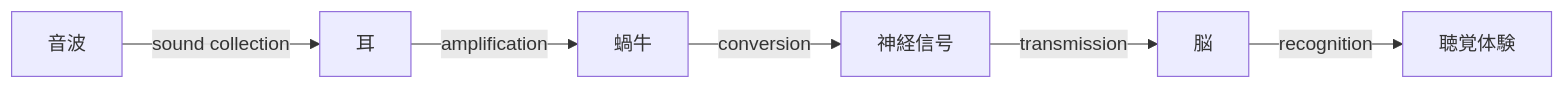
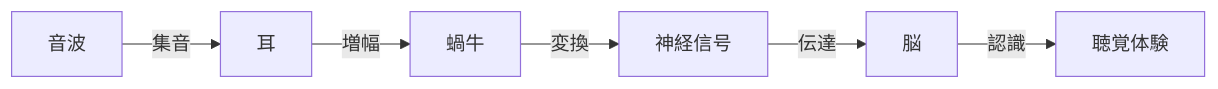
The second of 2 diagrams in en/_posts/2025-10-13-Column-Hearing-Health.md (monumental-movement/monumental-movement.github.io), drawn with Mermaid before and after one commit. The commit also changed other lines of this file and 775 other files, not shown here.

```diff
--- a/en/_posts/2025-10-13-Column-Hearing-Health.md
+++ b/en/_posts/2025-10-13-Column-Hearing-Health.md
@@ -119,10 +118,10 @@
 <div class="mermaid">
 
 flowchart LR
-  音波 -->|sound collection| 耳
-  耳 -->|amplification| 蝸牛
-  蝸牛 -->|conversion| 神経信号
-  神経信号 -->|transmission| 脳
-  脳 -->|recognition| 聴覚体験
+  音波 -->|集音| 耳
+  耳 -->|増幅| 蝸牛
+  蝸牛 -->|変換| 神経信号
+  神経信号 -->|伝達| 脳
+  脳 -->|認識| 聴覚体験
 
 </div>
```
